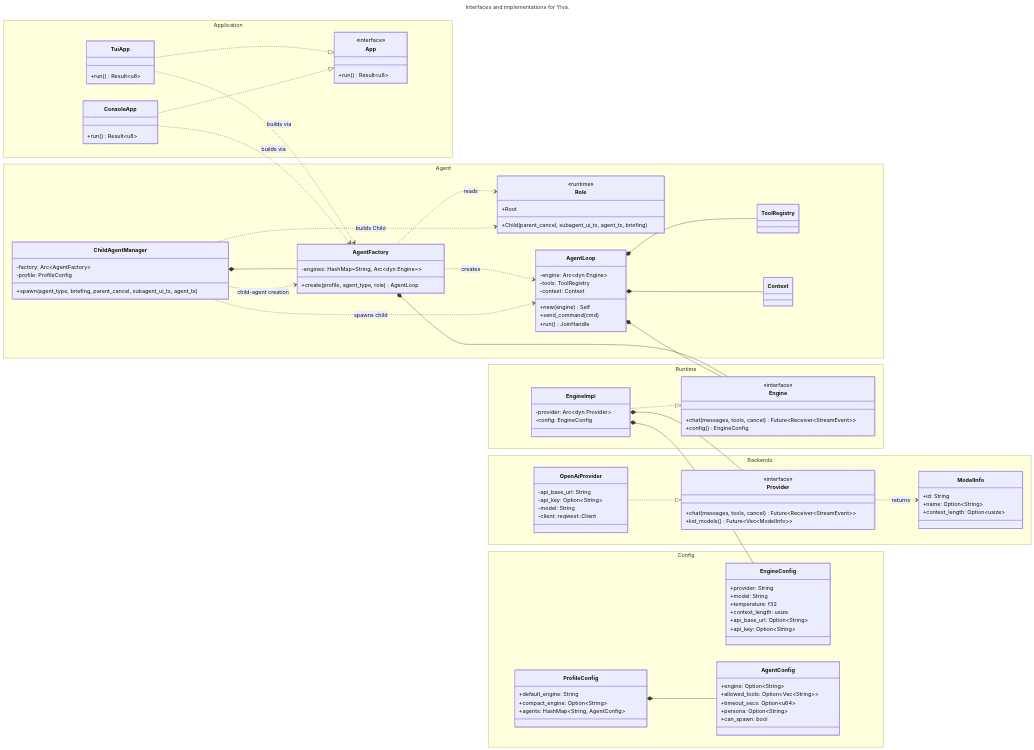
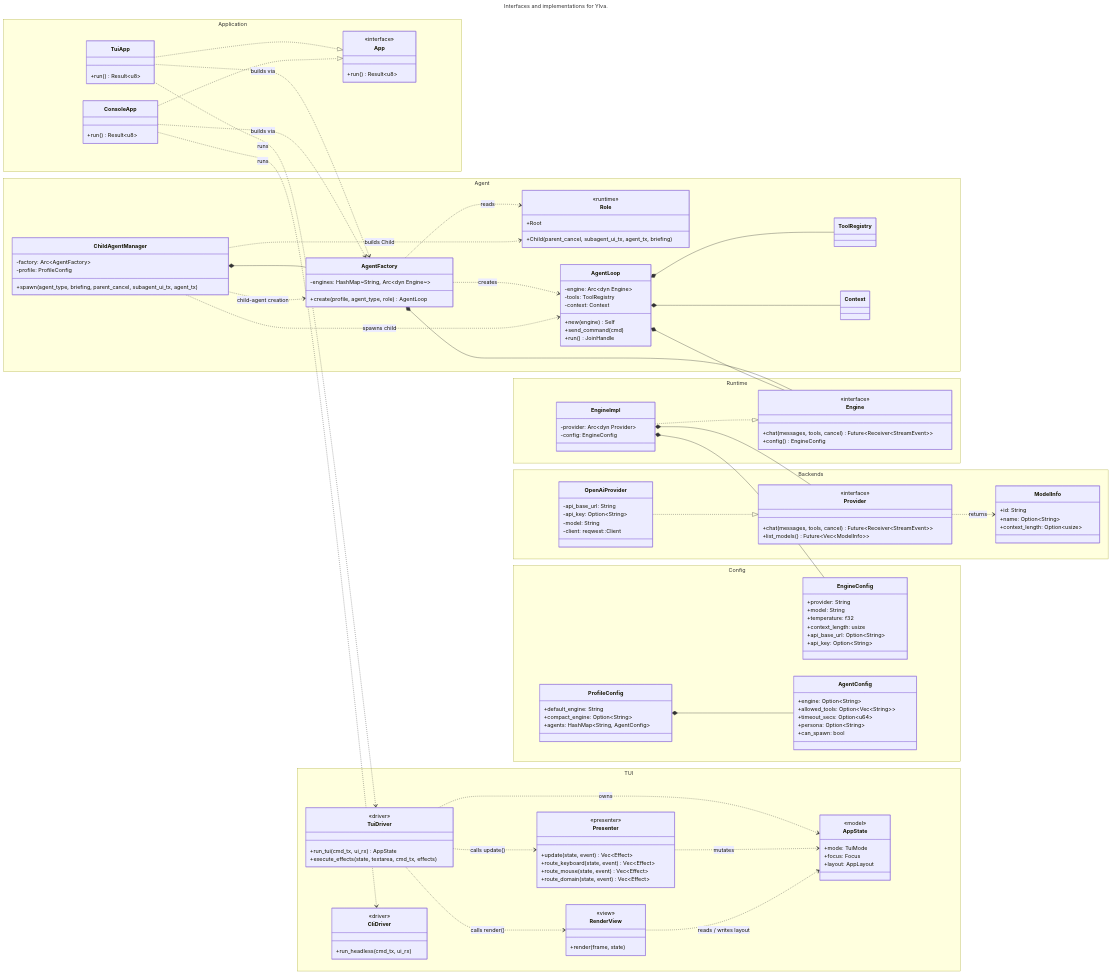
One commit to manuel-koch/ylva changed the diagram in docs/class-diagram.mmd. Above: the diagram before and after it, drawn with Mermaid. The commit also changed 3 other files, not shown here.

```diff
--- a/docs/class-diagram.mmd
+++ b/docs/class-diagram.mmd
@@ -1,123 +1,160 @@
 ---
 title: Interfaces and implementations for Ylva.
 layout: elk
 ---
 
 classDiagram
     direction LR
 
     namespace Application {
         class App {
             <<interface>>
             +run() Result~u8~
         }
         class TuiApp {
             +run() Result~u8~
         }
         class ConsoleApp {
             +run() Result~u8~
         }
     }
 
     namespace Agent {
         class AgentFactory {
             -engines: HashMap~String, Arc~dyn Engine~~
             +create(profile, agent_type, role) AgentLoop
         }
         class Role {
             <<runtime>>
             +Root
             +Child(parent_cancel, subagent_ui_tx, agent_tx, briefing)
         }
         class ChildAgentManager {
             -factory: Arc~AgentFactory~
             -profile: ProfileConfig
             +spawn(agent_type, briefing, parent_cancel, subagent_ui_tx, agent_tx)
         }
         class AgentLoop {
             -engine: Arc~dyn Engine~
             -tools: ToolRegistry
             -context: Context
             +new(engine) Self
             +send_command(cmd)
             +run() JoinHandle
         }
         class ToolRegistry {}
         class Context {}
     }
 
     namespace Runtime {
         class EngineImpl {
             -provider: Arc~dyn Provider~
             -config: EngineConfig
         }
         class Engine {
             <<interface>>
             +chat(messages, tools, cancel) Future~Receiver~StreamEvent~~
             +config() EngineConfig
         }
     }
 
     namespace Backends {
         class Provider {
             <<interface>>
             +chat(messages, tools, cancel) Future~Receiver~StreamEvent~~
             +list_models() Future~Vec~ModelInfo~~
         }
         class ModelInfo {
             +id: String
             +name: Option~String~
             +context_length: Option~usize~
         }
         class OpenAiProvider {
             -api_base_url: String
             -api_key: Option~String~
             -model: String
             -client: reqwest::Client
         }
     }
 
     namespace Config {
         class EngineConfig {
             +provider: String
             +model: String
             +temperature: f32
             +context_length: usize
             +api_base_url: Option~String~
             +api_key: Option~String~
         }
         class ProfileConfig {
             +default_engine: String
             +compact_engine: Option~String~
             +agents: HashMap~String, AgentConfig~
         }
         class AgentConfig {
             +engine: Option~String~
             +allowed_tools: Option~Vec~String~~
             +timeout_secs: Option~u64~
             +persona: Option~String~
             +can_spawn: bool
         }
     }
 
+    %% ---- TUI internal modules ----
+    namespace TUI {
+        class AppState {
+            <<model>>
+            +mode: TuiMode
+            +focus: Focus
+            +layout: AppLayout
+        }
+        class Presenter {
+            <<presenter>>
+            +update(state, event) Vec~Effect~
+            +route_keyboard(state, event) Vec~Effect~
+            +route_mouse(state, event) Vec~Effect~
+            +route_domain(state, event) Vec~Effect~
+        }
+        class RenderView {
+            <<view>>
+            +render(frame, state)
+        }
+        class TuiDriver {
+            <<driver>>
+            +run_tui(cmd_tx, ui_rx) AppState
+            +execute_effects(state, textarea, cmd_tx, effects)
+        }
+        class CliDriver {
+            <<driver>>
+            +run_headless(cmd_tx, ui_rx)
+        }
+    }
+
     %% ---- Relationships ----
     TuiApp ..|> App
     ConsoleApp ..|> App
+    TuiApp ..> TuiDriver : runs
+    TuiDriver ..> AppState : owns
+    TuiDriver ..> Presenter : calls update()
+    TuiDriver ..> RenderView : calls render()
+    Presenter ..> AppState : mutates
+    RenderView ..> AppState : reads / writes layout
+    ConsoleApp ..> CliDriver : runs
     AgentFactory ..> AgentLoop : creates
     AgentFactory ..> Role : reads
     ChildAgentManager *-- AgentFactory
     ChildAgentManager ..> Role : builds Child
     ChildAgentManager ..> AgentFactory : child-agent creation
     ChildAgentManager ..> AgentLoop : spawns child
     AgentLoop *-- ToolRegistry
     AgentLoop *-- Context
     EngineImpl ..|> Engine
     EngineImpl *-- EngineConfig
     OpenAiProvider ..|> Provider
     Provider ..> ModelInfo : returns
     ProfileConfig *-- AgentConfig
     TuiApp ..> AgentFactory : builds via
     ConsoleApp ..> AgentFactory : builds via
     AgentFactory *-- Engine
     AgentLoop *-- Engine
     EngineImpl *-- Provider
```
